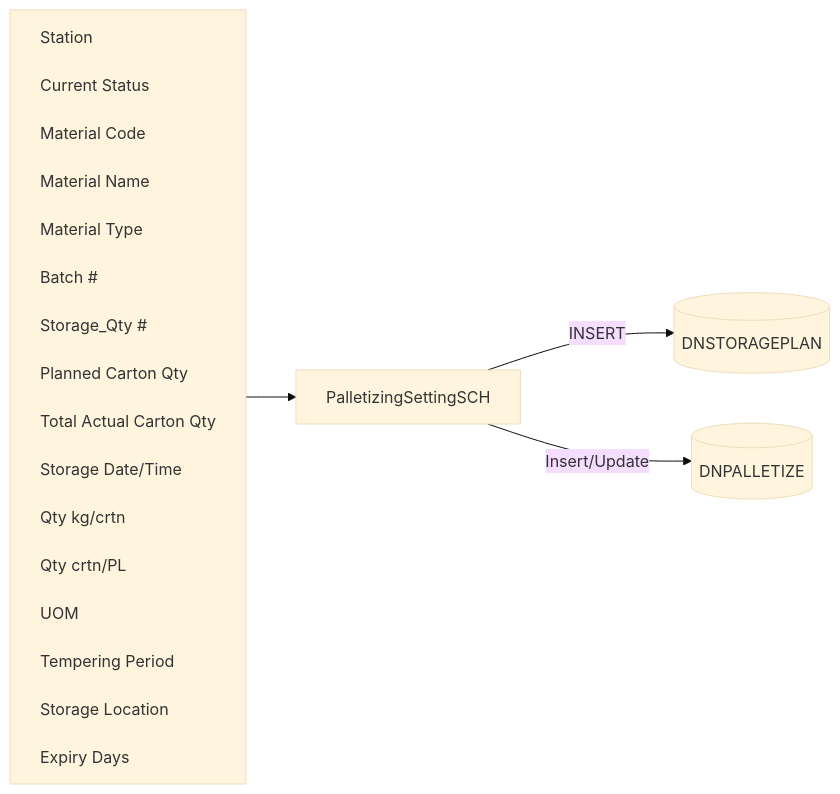
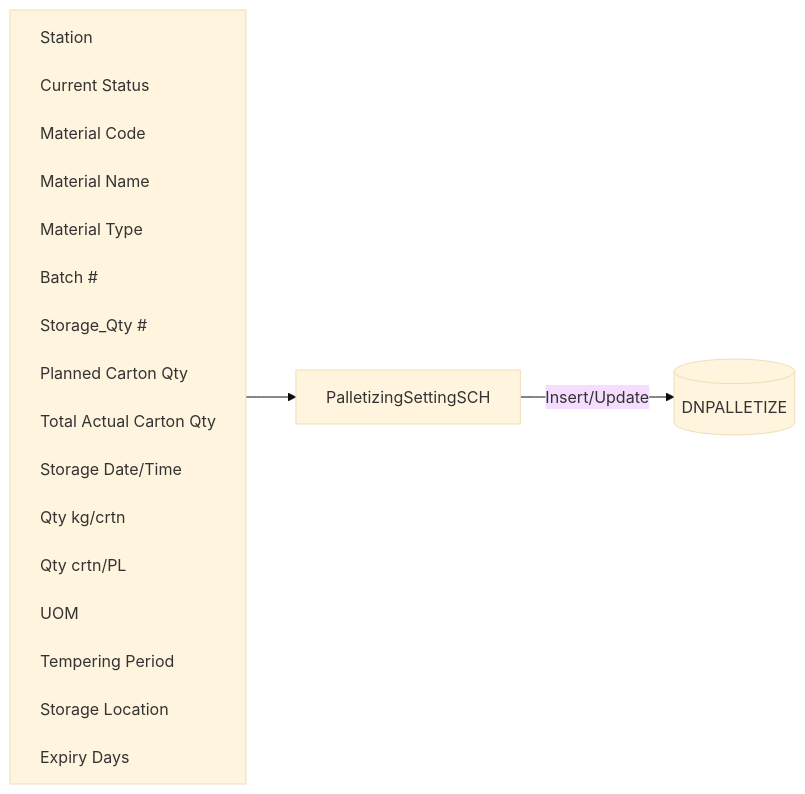
The diagram in Basic-Design/DFD-WMS/Storage/Palletizing-Settting/Batch-End.md (luthfiadityaa/SimeDarby-Wiki), drawn with Mermaid (base theme) before and after one commit.

Commit message:
Updated Batch End

```diff
--- a/Basic-Design/DFD-WMS/Storage/Palletizing-Settting/Batch-End.md
+++ b/Basic-Design/DFD-WMS/Storage/Palletizing-Settting/Batch-End.md
@@ -21,38 +21,33 @@
 ::: mermaid
 flowchart LR
     input[
         Station<br>
         Current Status<br>
         Material Code<br>
         Material Name<br>
         Material Type<br>
         Batch #<br>
         Storage_Qty #<br>
         Planned Carton Qty<br>
         Total Actual Carton Qty<br>
         Storage Date/Time<br>
         Qty kg/crtn<br>
         Qty crtn/PL<br>
         UOM<br>
         Tempering Period<br>
         Storage Location<br>
         Expiry Days<br>
     ]
 
     tableList-insert-update[("
         DNPALLETIZE<br>
     ")]
 
-    tableList-insert[("
-        DNSTORAGEPLAN
-    ")]
-
     className[PalletizingSettingSCH]
 
-    input --> className --> |INSERT| tableList-insert
-    className --> |Insert/Update| tableList-insert-update
+    input --> className --> |Insert/Update| tableList-insert-update
 
     classDef leftAlign text-align:left;
     class input leftAlign;
 
 :::
```
